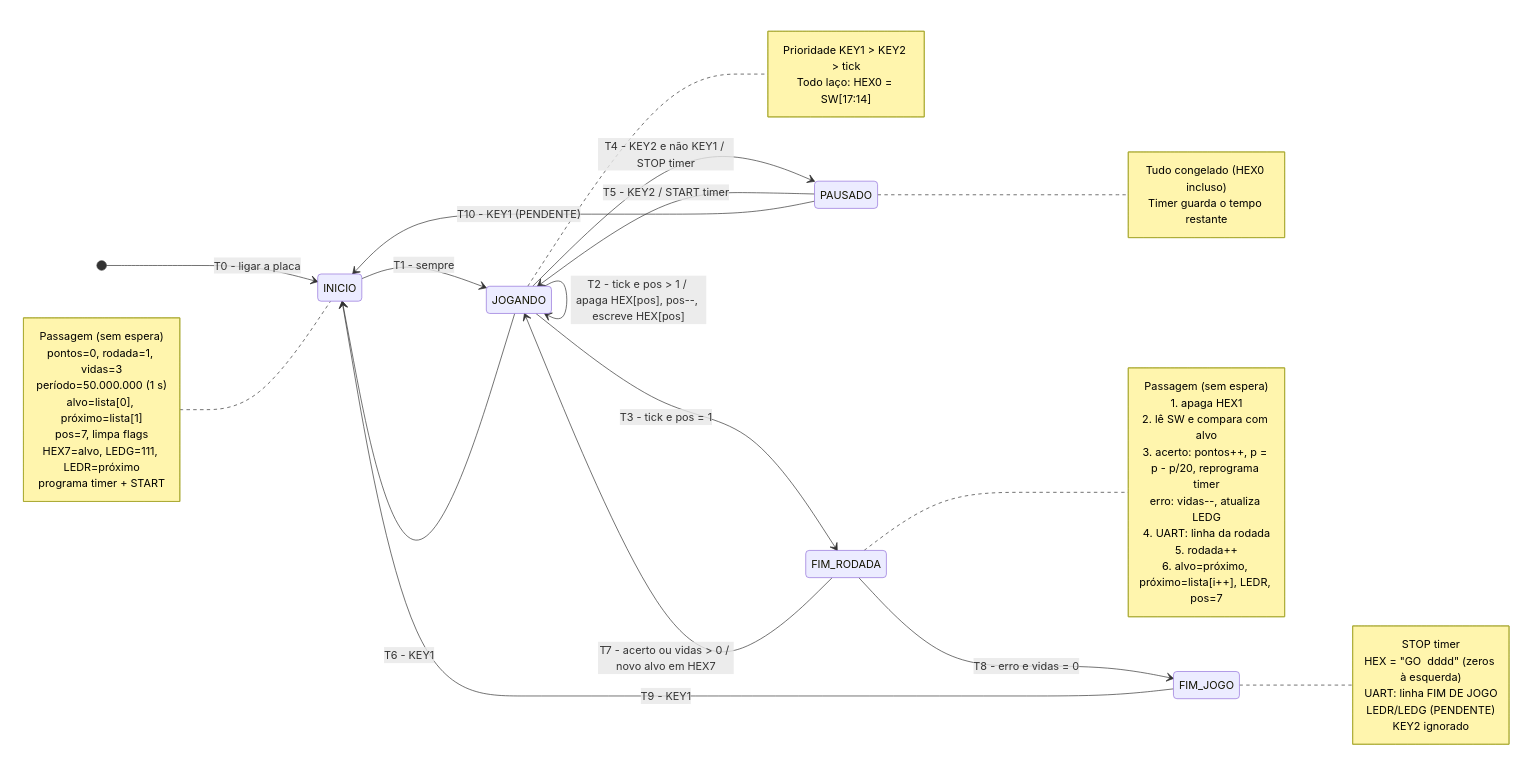
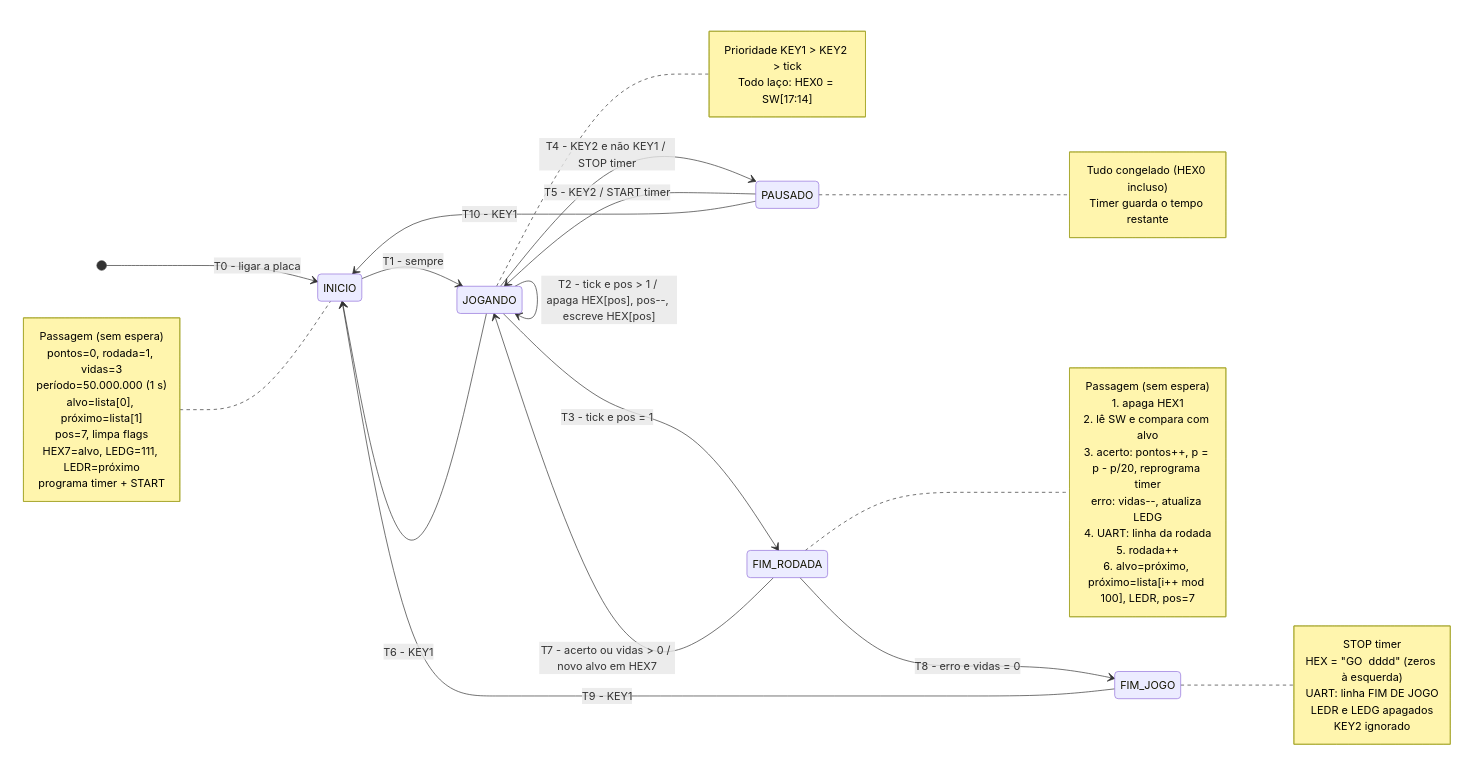
The diagram in docs/especificacao.md (vitorpassagem-unesp/hex-rush), drawn with Mermaid before and after one commit. The commit also changed other lines of this file and 1 other file, not shown here.

````diff
--- a/docs/especificacao.md
+++ b/docs/especificacao.md
@@ -96,60 +97,60 @@
 ```mermaid
 stateDiagram-v2
     direction LR
 
     [*] --> INICIO : T0 - ligar a placa
 
     INICIO --> JOGANDO : T1 - sempre
 
     JOGANDO --> JOGANDO : T2 - tick e pos > 1 / apaga HEX[pos], pos--, escreve HEX[pos]
     JOGANDO --> FIM_RODADA : T3 - tick e pos = 1
     JOGANDO --> PAUSADO : T4 - KEY2 e não KEY1 / STOP timer
     JOGANDO --> INICIO : T6 - KEY1
 
     PAUSADO --> JOGANDO : T5 - KEY2 / START timer
-    PAUSADO --> INICIO : T10 - KEY1 (PENDENTE)
+    PAUSADO --> INICIO : T10 - KEY1
 
     FIM_RODADA --> JOGANDO : T7 - acerto ou vidas > 0 / novo alvo em HEX7
     FIM_RODADA --> FIM_JOGO : T8 - erro e vidas = 0
 
     FIM_JOGO --> INICIO : T9 - KEY1
 
     note left of INICIO
         Passagem (sem espera)
         pontos=0, rodada=1, vidas=3
         período=50.000.000 (1 s)
         alvo=lista[0], próximo=lista[1]
         pos=7, limpa flags
         HEX7=alvo, LEDG=111, LEDR=próximo
         programa timer + START
     end note
 
     note right of JOGANDO
         Prioridade KEY1 > KEY2 > tick
         Todo laço: HEX0 = SW[17:14]
     end note
 
     note right of PAUSADO
         Tudo congelado (HEX0 incluso)
         Timer guarda o tempo restante
     end note
 
     note right of FIM_RODADA
         Passagem (sem espera)
         1. apaga HEX1
         2. lê SW e compara com alvo
         3. acerto: pontos++, p = p - p/20, reprograma timer
            erro: vidas--, atualiza LEDG
         4. UART: linha da rodada
         5. rodada++
-        6. alvo=próximo, próximo=lista[i++], LEDR, pos=7
+        6. alvo=próximo, próximo=lista[i++ mod 100], LEDR, pos=7
     end note
 
     note right of FIM_JOGO
         STOP timer
         HEX = "GO  dddd" (zeros à esquerda)
         UART: linha FIM DE JOGO
-        LEDR/LEDG (PENDENTE)
+        LEDR e LEDG apagados
         KEY2 ignorado
     end note
 ```
````
